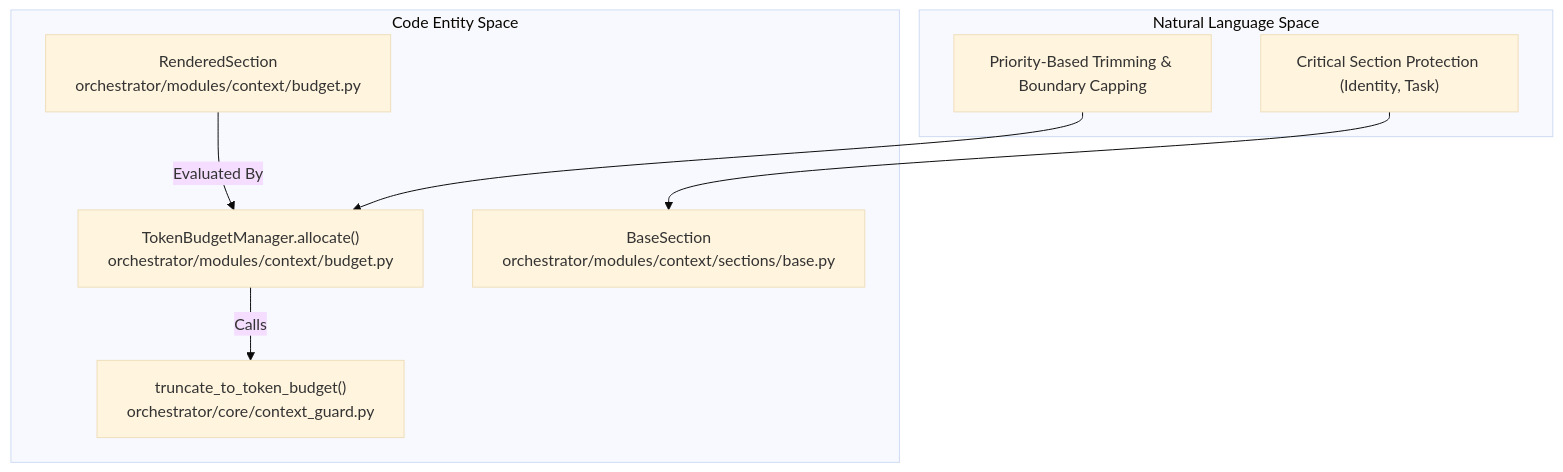
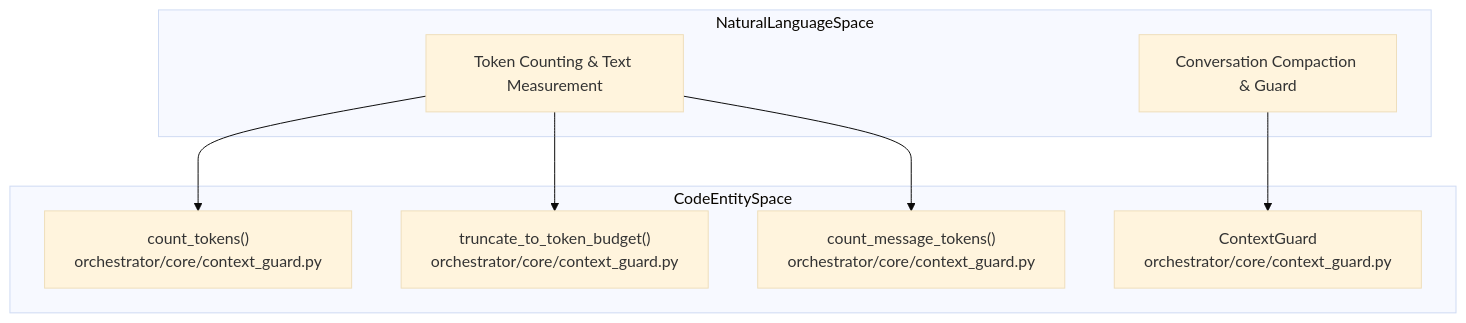
The third of 3 diagrams in docs/context-service/token-budget-management.md (AutomatosAI/automatos-ai), drawn with Mermaid (base theme) before and after one commit. The commit also changed other lines of this file and 188 other files, not shown here.

First line of the commit message:
docs: refresh architecture docs and add coverage for new subsystems (#1416)

````diff
--- a/docs/context-service/token-budget-management.md
+++ b/docs/context-service/token-budget-management.md
@@ -108,19 +188,19 @@
 ```mermaid
-graph TD
-    subgraph "Natural Language Space"
-        NL_Trimming["Priority-Based Trimming & Boundary Capping"]
-        NL_Protection["Critical Section Protection (Identity, Task)"]
+graph TB
+    subgraph "NaturalLanguageSpace"
+        NL_Count["Token Counting & Text Measurement"]
+        NL_Guard["Conversation Compaction & Guard"]
     end
     
-    subgraph "Code Entity Space"
-        TBM["TokenBudgetManager.allocate()<br/>orchestrator/modules/context/budget.py"]
-        TR["truncate_to_token_budget()<br/>orchestrator/core/context_guard.py"]
-        RS["RenderedSection<br/>orchestrator/modules/context/budget.py"]
-        BS["BaseSection<br/>orchestrator/modules/context/sections/base.py"]
+    subgraph "CodeEntitySpace"
+        CE_Count["count_tokens()<br/>orchestrator/core/context_guard.py"]
+        CE_Trunc["truncate_to_token_budget()<br/>orchestrator/core/context_guard.py"]
+        CE_Msg["count_message_tokens()<br/>orchestrator/core/context_guard.py"]
+        CE_Guard["ContextGuard<br/>orchestrator/core/context_guard.py"]
     end
     
-    NL_Trimming --> TBM
-    NL_Protection --> BS
-    TBM -->|"Calls"| TR
-    RS -->|"Evaluated By"| TBM
+    NL_Count --> CE_Count
+    NL_Count --> CE_Trunc
+    NL_Count --> CE_Msg
+    NL_Guard --> CE_Guard
 ```
````
